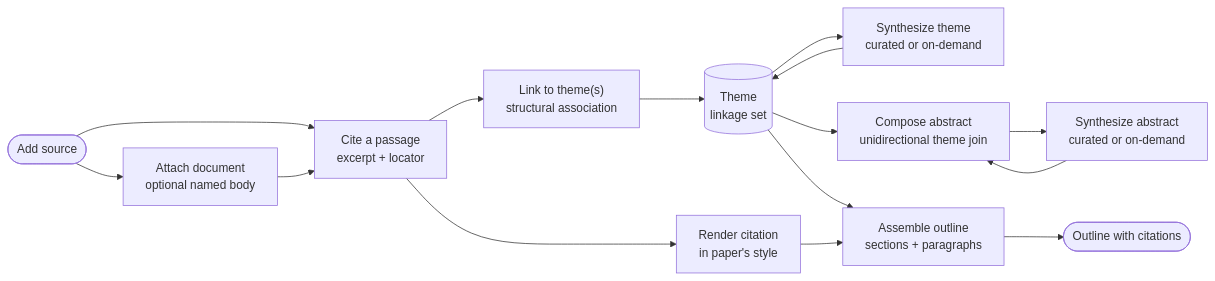
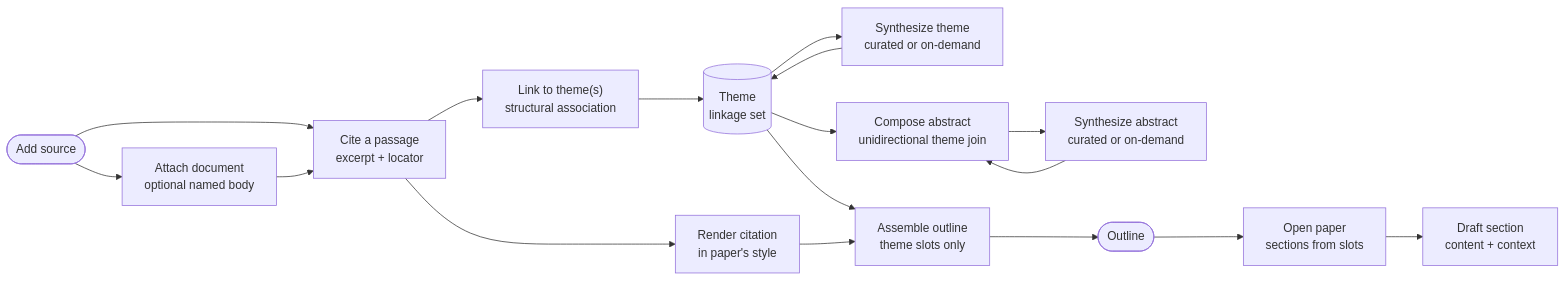
Before and after one commit to Ashatz/tiferet-lit-review: the diagram in docs/core-domain-distillation.md, drawn with Mermaid. The commit also changed other lines of this file and 1 other file, not shown here.

First line of the commit message:
Hotfix: Distinguish outline arrangement from the Paper aggregate

````diff
--- a/docs/core-domain-distillation.md
+++ b/docs/core-domain-distillation.md
@@ -387,17 +429,19 @@
 ```mermaid
 flowchart LR
   SRC([Add source]) --> ATT["Attach document<br/>optional named body"]
   SRC --> CITE["Cite a passage<br/>excerpt + locator"]
   ATT --> CITE
   CITE --> LINK["Link to theme(s)<br/>structural association"]
   LINK --> THEME[("Theme<br/>linkage set")]
   THEME --> SYNTH["Synthesize theme<br/>curated or on-demand"]
   SYNTH --> THEME
   THEME --> ABS["Compose abstract<br/>unidirectional theme join"]
   ABS --> ABSYN["Synthesize abstract<br/>curated or on-demand"]
   ABSYN --> ABS
-  THEME --> ASM["Assemble outline<br/>sections + paragraphs"]
+  THEME --> ASM["Assemble outline<br/>theme slots only"]
   CITE --> REND["Render citation<br/>in paper's style"]
   REND --> ASM
-  ASM --> OUT([Outline with citations])
+  ASM --> OUT([Outline])
+  OUT --> PAP["Open paper<br/>sections from slots"]
+  PAP --> DRAFT["Draft section<br/>content + context"]
 ```
````
